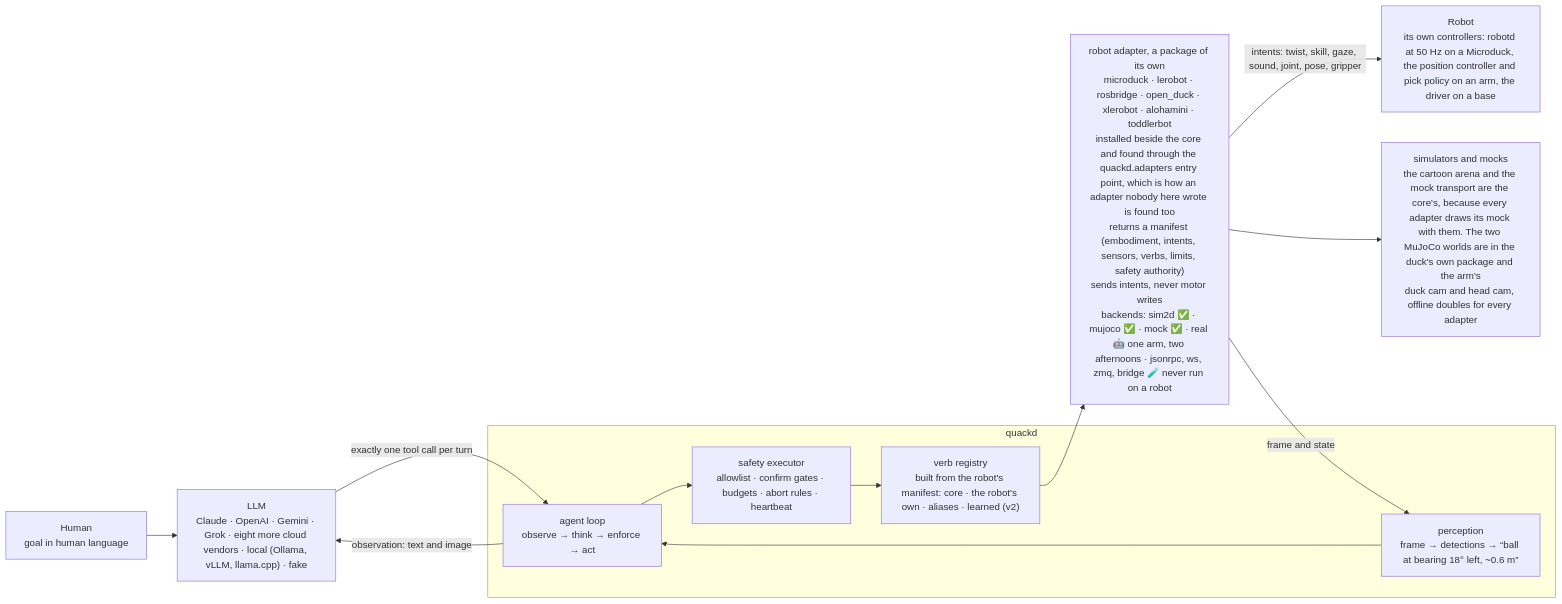
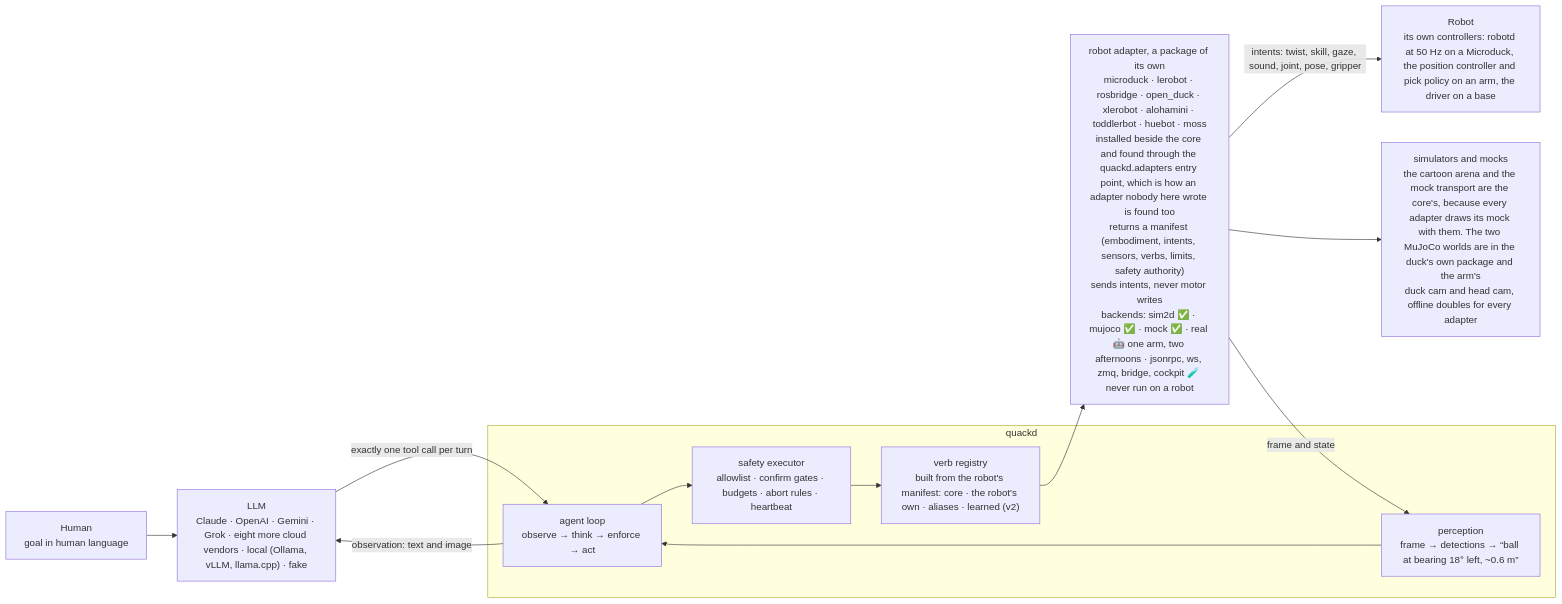
The second of 2 diagrams in data/readmes/rokbenko__quackd.md (zqf20096327/ai_collect), drawn with Mermaid before and after one commit. The commit also changed other lines of this file and 2708 other files, not shown here.

````diff
--- a/data/readmes/rokbenko__quackd.md
+++ b/data/readmes/rokbenko__quackd.md
@@ -527,21 +533,21 @@
 ```mermaid
 flowchart LR
     HUMAN["Human<br/>goal in human language"]
     LLM["LLM<br/>Claude · OpenAI · Gemini · Grok · eight more cloud vendors · local (Ollama, vLLM, llama.cpp) · fake"]
     subgraph quackd
         LOOP["agent loop<br/>observe → think → enforce → act"]
         EXEC["safety executor<br/>allowlist · confirm gates · budgets · abort rules · heartbeat"]
         VERBS["verb registry<br/>built from the robot's manifest: core · the robot's own · aliases · learned (v2)"]
         PERC["perception<br/>frame → detections → “ball at bearing 18° left, ~0.6 m”"]
     end
-    ADAPTER["robot adapter, a package of its own<br/>microduck · lerobot · rosbridge · open_duck · xlerobot · alohamini · toddlerbot<br/>installed beside the core and found through the quackd.adapters entry point, which is how an adapter nobody here wrote is found too<br/>returns a manifest (embodiment, intents, sensors, verbs, limits, safety authority)<br/>sends intents, never motor writes<br/>backends: sim2d ✅ · mujoco ✅ · mock ✅ · real 🤖 one arm, two afternoons · jsonrpc, ws, zmq, bridge 🧪 never run on a robot"]
+    ADAPTER["robot adapter, a package of its own<br/>microduck · lerobot · rosbridge · open_duck · xlerobot · alohamini · toddlerbot · huebot · moss<br/>installed beside the core and found through the quackd.adapters entry point, which is how an adapter nobody here wrote is found too<br/>returns a manifest (embodiment, intents, sensors, verbs, limits, safety authority)<br/>sends intents, never motor writes<br/>backends: sim2d ✅ · mujoco ✅ · mock ✅ · real 🤖 one arm, two afternoons · jsonrpc, ws, zmq, bridge, cockpit 🧪 never run on a robot"]
     ROBOT["Robot<br/>its own controllers: robotd at 50 Hz on a Microduck, the position controller and pick policy on an arm, the driver on a base"]
     SIM["simulators and mocks<br/>the cartoon arena and the mock transport are the core's, because every adapter draws its mock with them. The two MuJoCo worlds are in the duck's own package and the arm's<br/>duck cam and head cam, offline doubles for every adapter"]
     HUMAN --> LLM
     LLM -- "exactly one tool call per turn" --> LOOP
     LOOP --> EXEC --> VERBS --> ADAPTER
     ADAPTER -- "intents: twist, skill, gaze, sound, joint, pose, gripper" --> ROBOT
     ADAPTER --> SIM
     ADAPTER -- "frame and state" --> PERC --> LOOP
     LOOP -- "observation: text and image" --> LLM
 ```
````
